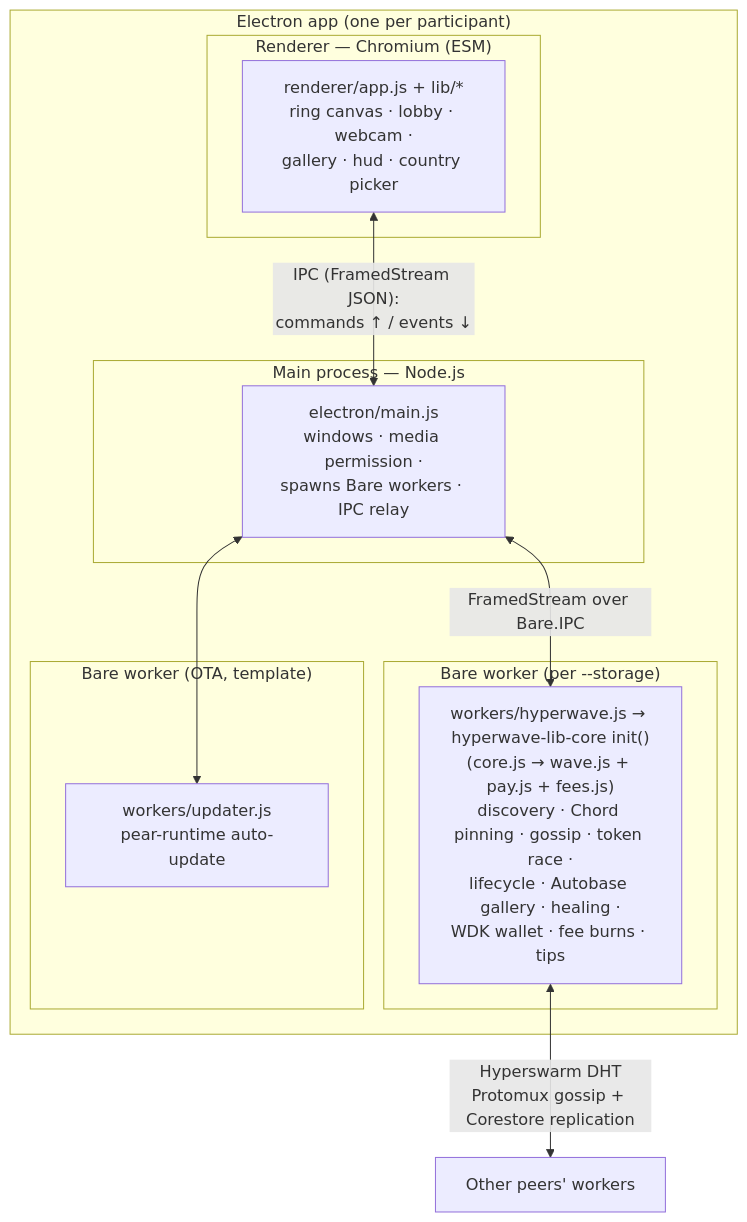
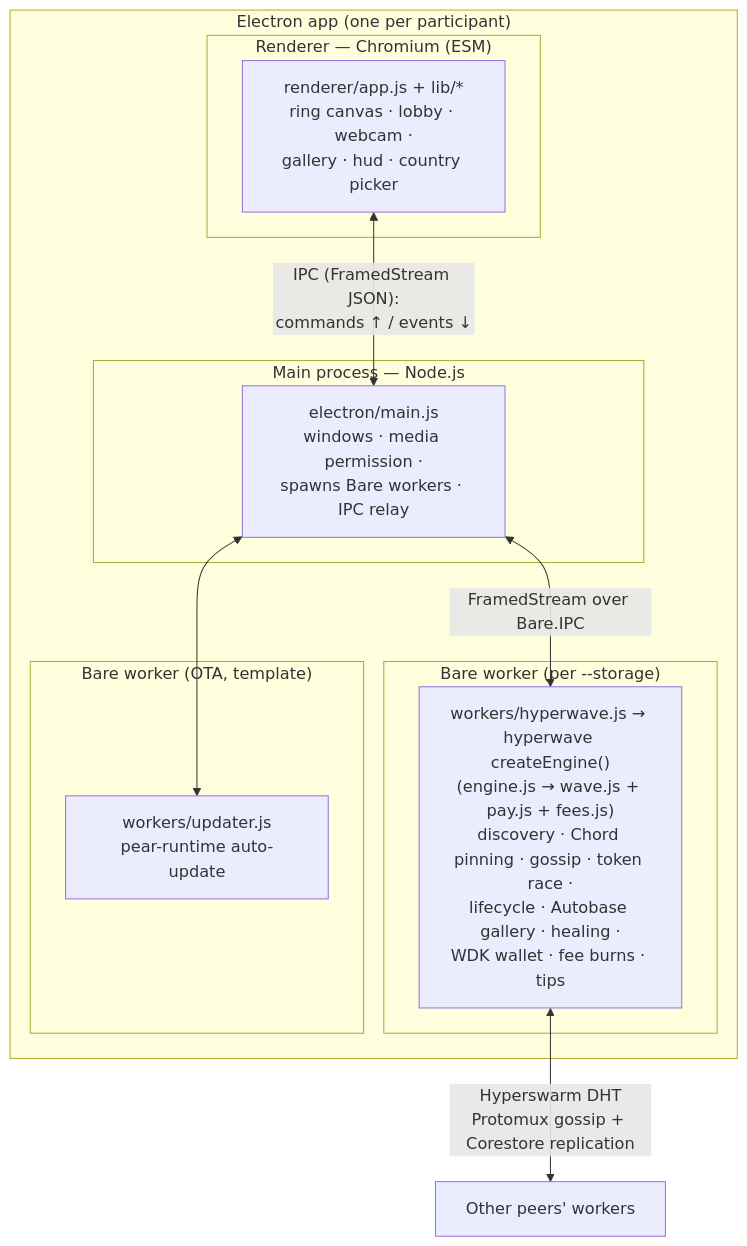
The diagram in docs/architecture.md (mnaamani/hyper-wave), drawn with Mermaid before and after one commit. The commit also changed other lines of this file and 60 other files, not shown here.

First line of the commit message:
rename: hyperwave-lib-core → hyper-wave; one term per layer (engine/wave/host)

````diff
--- a/docs/architecture.md
+++ b/docs/architecture.md
@@ -21,23 +21,23 @@
 ```mermaid
 flowchart TB
   subgraph Electron["Electron app (one per participant)"]
     subgraph Main["Main process — Node.js"]
       M["electron/main.js<br/>windows · media permission ·<br/>spawns Bare workers · IPC relay"]
     end
     subgraph Renderer["Renderer — Chromium (ESM)"]
       R["renderer/app.js + lib/*<br/>ring canvas · lobby · webcam ·<br/>gallery · hud · country picker"]
     end
     subgraph Worker["Bare worker (per --storage)"]
-      W["workers/hyperwave.js → hyperwave-lib-core init()<br/>(core.js → wave.js + pay.js + fees.js)<br/>discovery · Chord pinning · gossip · token race ·<br/>lifecycle · Autobase gallery · healing ·<br/>WDK wallet · fee burns · tips"]
+      W["workers/hyperwave.js → hyperwave createEngine()<br/>(engine.js → wave.js + pay.js + fees.js)<br/>discovery · Chord pinning · gossip · token race ·<br/>lifecycle · Autobase gallery · healing ·<br/>WDK wallet · fee burns · tips"]
     end
     subgraph Updater["Bare worker (OTA, template)"]
       U["workers/updater.js<br/>pear-runtime auto-update"]
     end
   end
 
   R <-->|"IPC (FramedStream JSON):<br/>commands ↑ / events ↓"| M
   M <-->|"FramedStream over Bare.IPC"| W
   M <--> U
 
   W <-->|"Hyperswarm DHT<br/>Protomux gossip + Corestore replication"| Peers["Other peers' workers"]
 ```
````
